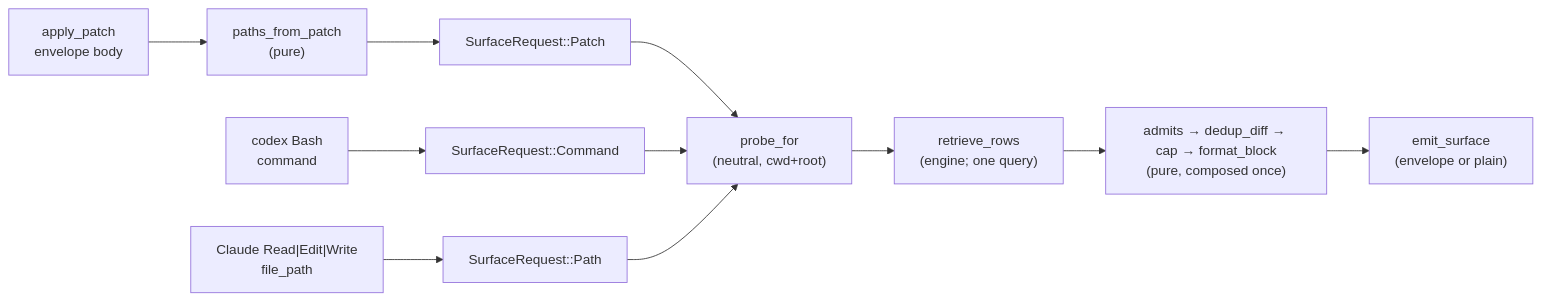
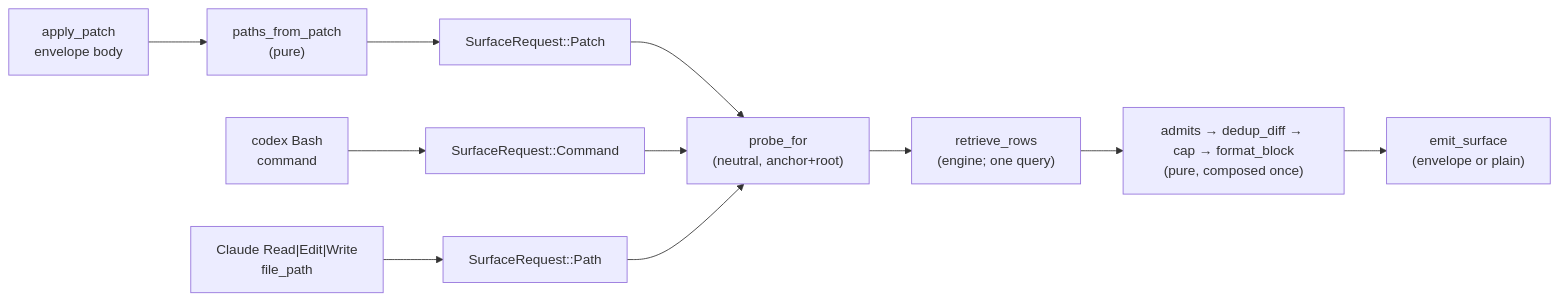
Before and after one commit to davidlee/doctrine: the diagram in .doctrine/slice/263/design.md, drawn with Mermaid. The commit also changed other lines of this file and 1 other file, not shown here.

````diff
--- a/.doctrine/slice/263/design.md
+++ b/.doctrine/slice/263/design.md
@@ -350,13 +369,13 @@
 ```mermaid
 flowchart LR
   A["apply_patch<br/>envelope body"] --> B["paths_from_patch<br/>(pure)"]
   B --> C["SurfaceRequest::Patch"]
-  C --> D["probe_for<br/>(neutral, cwd+root)"]
+  C --> D["probe_for<br/>(neutral, anchor+root)"]
   E["codex Bash<br/>command"] --> F["SurfaceRequest::Command"]
   F --> D
   G["Claude Read|Edit|Write<br/>file_path"] --> H["SurfaceRequest::Path"]
   H --> D
   D --> I["retrieve_rows<br/>(engine; one query)"]
   I --> J["admits → dedup_diff → cap → format_block<br/>(pure, composed once)"]
   J --> K["emit_surface<br/>(envelope or plain)"]
 ```
````
